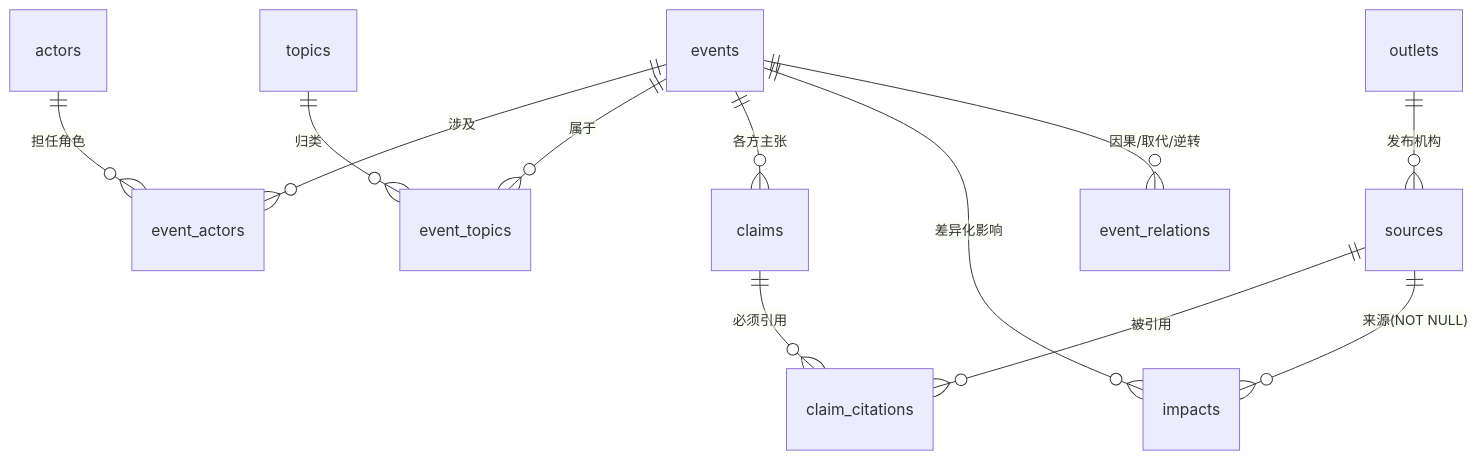
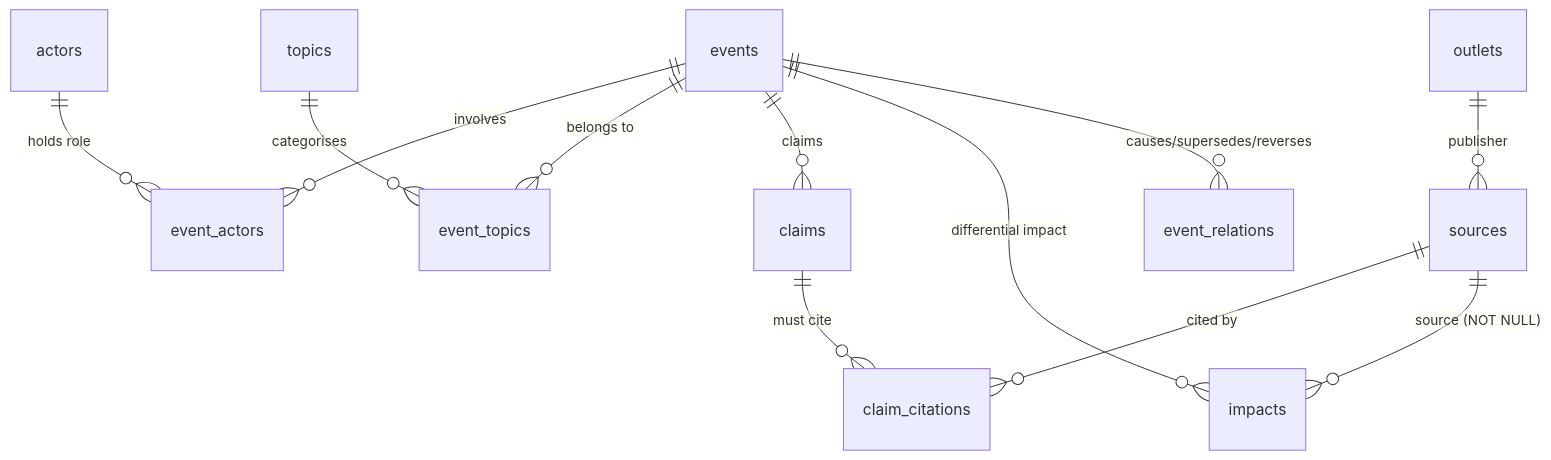
The first of 3 diagrams in docs/erd.md (qh247/faham), drawn with Mermaid before and after one commit. The commit also changed other lines of this file and 8 other files, not shown here.

````diff
--- a/docs/erd.md
+++ b/docs/erd.md
@@ -11,14 +13,14 @@
 ```mermaid
 erDiagram
-    actors  ||--o{ event_actors : "担任角色"
-    events  ||--o{ event_actors : "涉及"
-    topics  ||--o{ event_topics : "归类"
-    events  ||--o{ event_topics : "属于"
-    events  ||--o{ claims       : "各方主张"
-    claims  ||--o{ claim_citations : "必须引用"
-    sources ||--o{ claim_citations : "被引用"
-    events  ||--o{ impacts      : "差异化影响"
-    sources ||--o{ impacts      : "来源(NOT NULL)"
-    events  ||--o{ event_relations : "因果/取代/逆转"
-    outlets ||--o{ sources      : "发布机构"
+    actors  ||--o{ event_actors : "holds role"
+    events  ||--o{ event_actors : "involves"
+    topics  ||--o{ event_topics : "categorises"
+    events  ||--o{ event_topics : "belongs to"
+    events  ||--o{ claims       : "claims"
+    claims  ||--o{ claim_citations : "must cite"
+    sources ||--o{ claim_citations : "cited by"
+    events  ||--o{ impacts      : "differential impact"
+    sources ||--o{ impacts      : "source (NOT NULL)"
+    events  ||--o{ event_relations : "causes/supersedes/reverses"
+    outlets ||--o{ sources      : "publisher"
 ```
````
